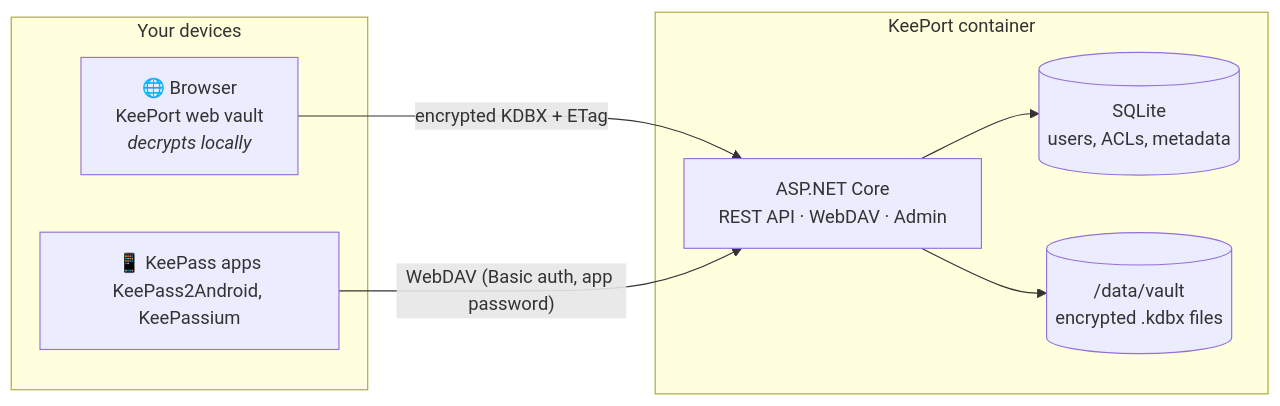
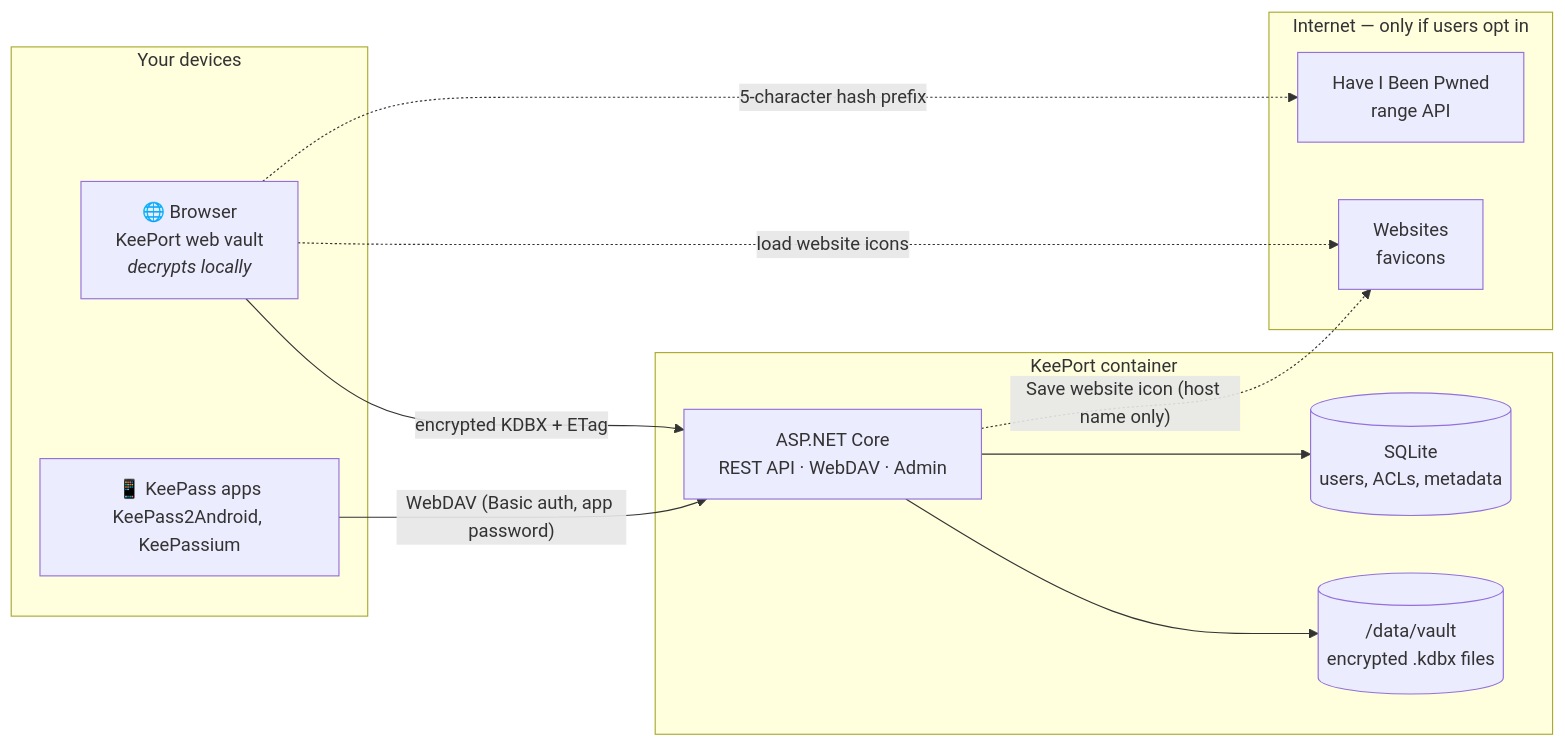
One commit to madcoda9000/KeePort changed the diagram in README.md. Above: the diagram before and after it, drawn with Mermaid. The commit also changed other lines of this file and 19 other files, not shown here.

````diff
--- a/README.md
+++ b/README.md
@@ -161,18 +178,26 @@
 ```mermaid
 flowchart LR
     subgraph Devices["Your devices"]
         B["🌐 Browser<br/>KeePort web vault<br/><i>decrypts locally</i>"]
         M["📱 KeePass apps<br/>KeePass2Android, KeePassium"]
     end
 
     subgraph Server["KeePort container"]
         API["ASP.NET Core<br/>REST API · WebDAV · Admin"]
         DB[("SQLite<br/>users, ACLs, metadata")]
         FS[("/data/vault<br/>encrypted .kdbx files")]
     end
 
+    subgraph Internet["Internet — only if users opt in"]
+        HIBP["Have I Been Pwned<br/>range API"]
+        WEB["Websites<br/>favicons"]
+    end
+
     B -- "encrypted KDBX + ETag" --> API
     M -- "WebDAV (Basic auth, app password)" --> API
     API --> DB
     API --> FS
+    B -. "5-character hash prefix" .-> HIBP
+    B -. "load website icons" .-> WEB
+    API -. "Save website icon (host name only)" .-> WEB
 ```
````
